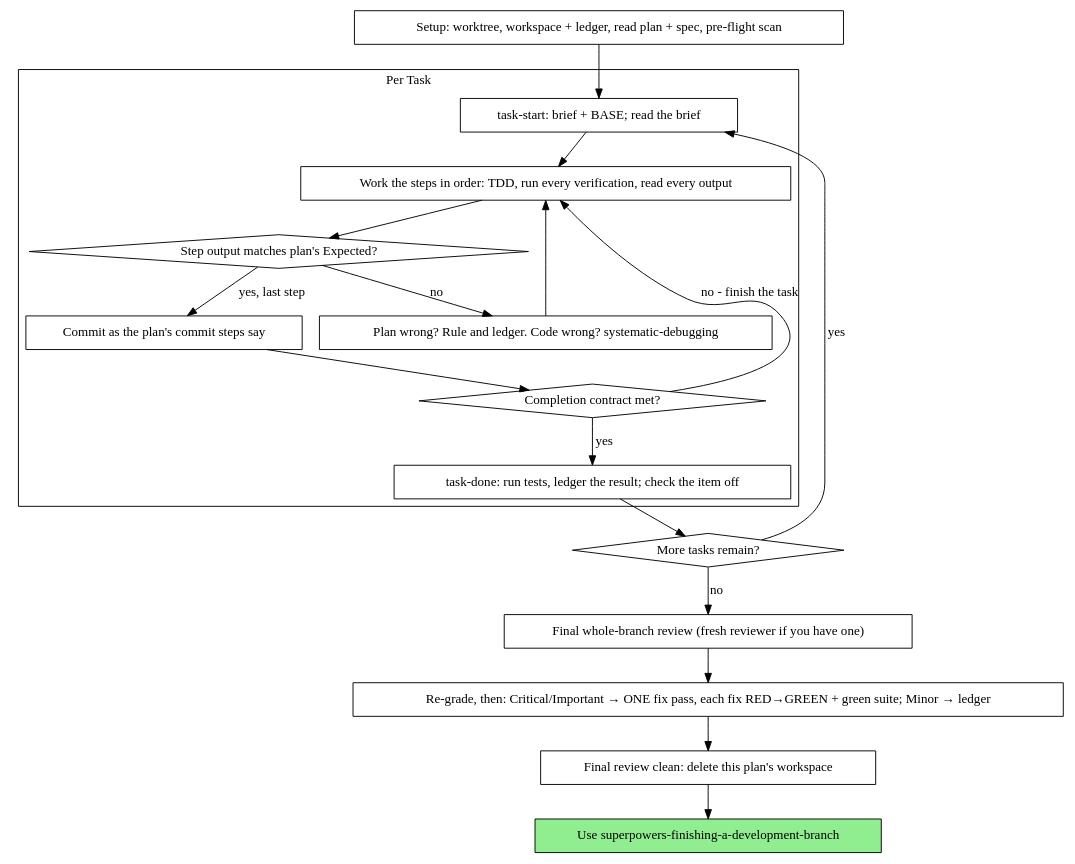
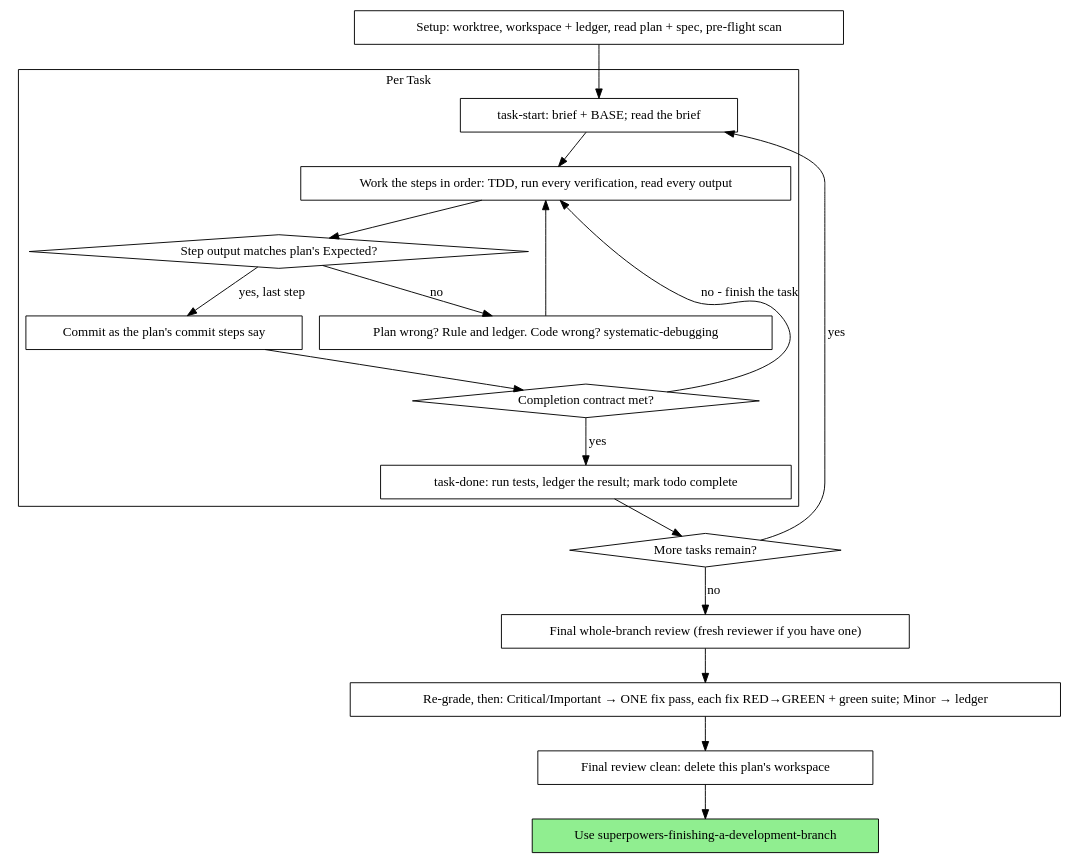
Before and after one commit to ScoobyBaby1999/doomalay: the diagram in engine/internal/hfzero/brain/agent_skills/superpowers-executing-plans/SKILL.md, drawn with Graphviz. The commit also changed other lines of this file and 62 other files, not shown here.

````diff
--- a/engine/internal/hfzero/brain/agent_skills/superpowers-executing-plans/SKILL.md
+++ b/engine/internal/hfzero/brain/agent_skills/superpowers-executing-plans/SKILL.md
@@ -67,39 +68,39 @@
 ```dot
 digraph process {
     rankdir=TB;
 
     subgraph cluster_per_task {
         label="Per Task";
         "task-start: brief + BASE; read the brief" [shape=box];
         "Work the steps in order: TDD, run every verification, read every output" [shape=box];
         "Step output matches plan's Expected?" [shape=diamond];
         "Plan wrong? Rule and ledger. Code wrong? systematic-debugging" [shape=box];
         "Commit as the plan's commit steps say" [shape=box];
         "Completion contract met?" [shape=diamond];
-        "task-done: run tests, ledger the result; check the item off" [shape=box];
+        "task-done: run tests, ledger the result; mark todo complete" [shape=box];
     }
 
     "Setup: worktree, workspace + ledger, read plan + spec, pre-flight scan" [shape=box];
     "More tasks remain?" [shape=diamond];
     "Final whole-branch review (fresh reviewer if you have one)" [shape=box];
     "Re-grade, then: Critical/Important → ONE fix pass, each fix RED→GREEN + green suite; Minor → ledger" [shape=box];
     "Final review clean: delete this plan's workspace" [shape=box];
     "Use superpowers-finishing-a-development-branch" [shape=box style=filled fillcolor=lightgreen];
 
     "Setup: worktree, workspace + ledger, read plan + spec, pre-flight scan" -> "task-start: brief + BASE; read the brief";
     "task-start: brief + BASE; read the brief" -> "Work the steps in order: TDD, run every verification, read every output";
     "Work the steps in order: TDD, run every verification, read every output" -> "Step output matches plan's Expected?";
     "Step output matches plan's Expected?" -> "Plan wrong? Rule and ledger. Code wrong? systematic-debugging" [label="no"];
     "Plan wrong? Rule and ledger. Code wrong? systematic-debugging" -> "Work the steps in order: TDD, run every verification, read every output";
     "Step output matches plan's Expected?" -> "Commit as the plan's commit steps say" [label="yes, last step"];
     "Commit as the plan's commit steps say" -> "Completion contract met?";
     "Completion contract met?" -> "Work the steps in order: TDD, run every verification, read every output" [label="no - finish the task"];
-    "Completion contract met?" -> "task-done: run tests, ledger the result; check the item off" [label="yes"];
-    "task-done: run tests, ledger the result; check the item off" -> "More tasks remain?";
+    "Completion contract met?" -> "task-done: run tests, ledger the result; mark todo complete" [label="yes"];
+    "task-done: run tests, ledger the result; mark todo complete" -> "More tasks remain?";
     "More tasks remain?" -> "task-start: brief + BASE; read the brief" [label="yes"];
     "More tasks remain?" -> "Final whole-branch review (fresh reviewer if you have one)" [label="no"];
     "Final whole-branch review (fresh reviewer if you have one)" -> "Re-grade, then: Critical/Important → ONE fix pass, each fix RED→GREEN + green suite; Minor → ledger";
     "Re-grade, then: Critical/Important → ONE fix pass, each fix RED→GREEN + green suite; Minor → ledger" -> "Final review clean: delete this plan's workspace";
     "Final review clean: delete this plan's workspace" -> "Use superpowers-finishing-a-development-branch";
 }
 ```
````
